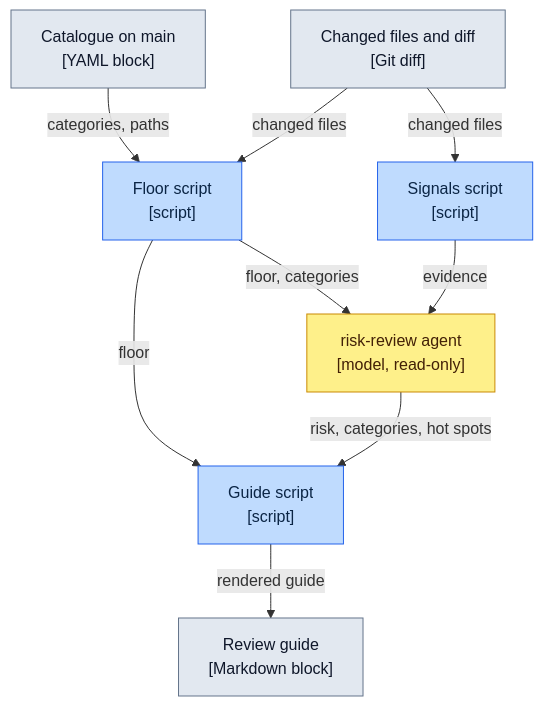
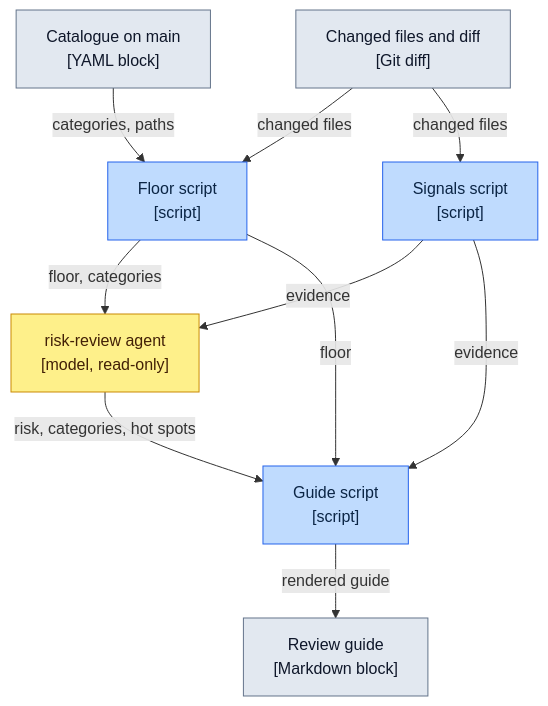
The diagram in docs/review-risk.md (cfisch3r/estimate), drawn with Mermaid before and after one commit. The commit also changed other lines of this file and 6 other files, not shown here.

````diff
--- a/docs/review-risk.md
+++ b/docs/review-risk.md
@@ -22,27 +22,28 @@
 ```mermaid
 flowchart TD
   Diff["Changed files and diff<br/>[Git diff]"]
   Floor["Floor script<br/>[script]"]
   Sig["Signals script<br/>[script]"]
   Agent["risk-review agent<br/>[model, read-only]"]
   Guide["Guide script<br/>[script]"]
   PR["Review guide<br/>[Markdown block]"]
 
   Cat["Catalogue on main<br/>[YAML block]"]
   Cat -->|"categories, paths"| Floor
   Diff -->|"changed files"| Floor
   Diff -->|"changed files"| Sig
   Floor -->|"floor, categories"| Agent
   Sig -->|"evidence"| Agent
+  Sig -->|"evidence"| Guide
   Floor -->|"floor"| Guide
   Agent -->|"risk, categories, hot spots"| Guide
   Guide -->|"rendered guide"| PR
 
   classDef script fill:#BFDBFE,stroke:#2563EB,color:#0B2545
   classDef model fill:#FEF08A,stroke:#CA8A04,color:#422006
   classDef data fill:#E2E8F0,stroke:#64748B,color:#0F172A
 
   class Floor,Sig,Guide script
   class Agent model
   class Diff,PR,Cat data
 ```
````
